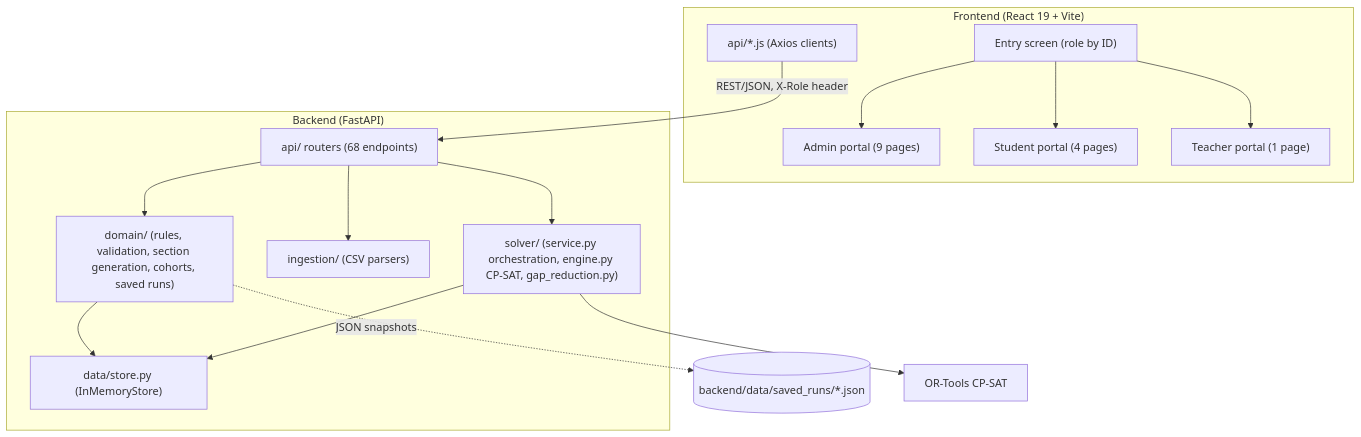
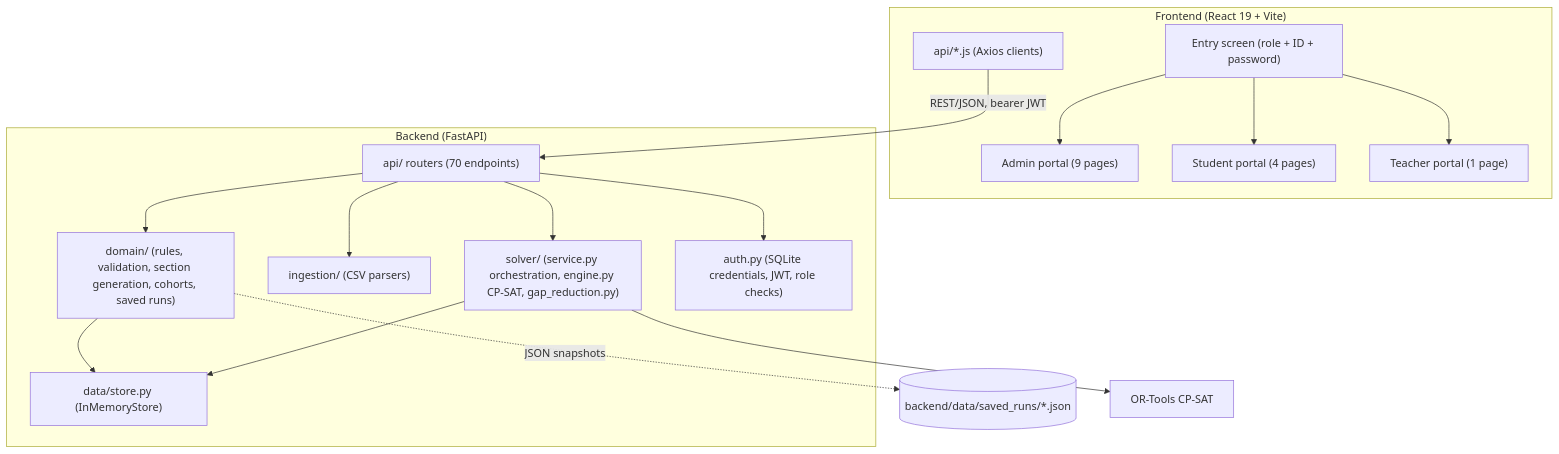
The first of 6 diagrams in context.md (SBJ2205/pwssap-prototype), drawn with Mermaid before and after one commit. The commit also changed other lines of this file and 25 other files, not shown here.

````diff
--- a/context.md
+++ b/context.md
@@ -129,22 +130,24 @@
 ```mermaid
 flowchart TB
   subgraph FE["Frontend (React 19 + Vite)"]
-    A1["Entry screen (role by ID)"] --> A2["Admin portal (9 pages)"]
+    A1["Entry screen (role + ID + password)"] --> A2["Admin portal (9 pages)"]
     A1 --> A3["Student portal (4 pages)"]
     A1 --> A4["Teacher portal (1 page)"]
     A5["api/*.js (Axios clients)"]
   end
   subgraph BE["Backend (FastAPI)"]
-    B1["api/ routers (68 endpoints)"]
+    B1["api/ routers (70 endpoints)"]
     B2["domain/ (rules, validation, section generation, cohorts, saved runs)"]
     B3["ingestion/ (CSV parsers)"]
     B4["solver/ (service.py orchestration, engine.py CP-SAT, gap_reduction.py)"]
     B5["data/store.py (InMemoryStore)"]
+    B6["auth.py (SQLite credentials, JWT, role checks)"]
     B1 --> B2 & B3 & B4
     B2 --> B5
     B4 --> B5
   end
-  A5 -- "REST/JSON, X-Role header" --> B1
+  A5 -- "REST/JSON, bearer JWT" --> B1
+  B1 --> B6
   B2 -. "JSON snapshots" .-> D[("backend/data/saved_runs/*.json")]
   B4 --> OR["OR-Tools CP-SAT"]
 ```
````
